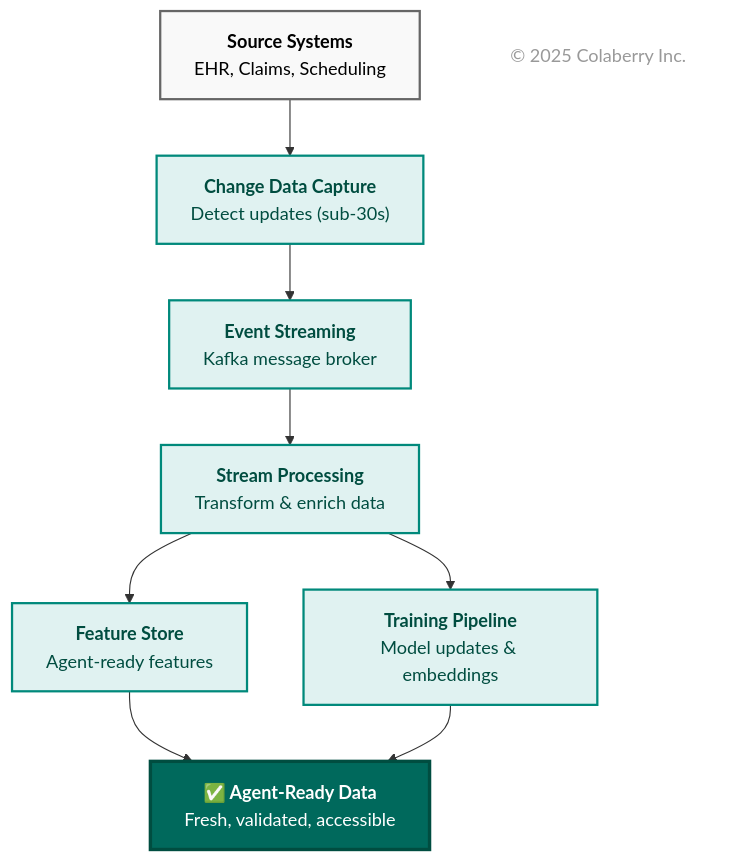
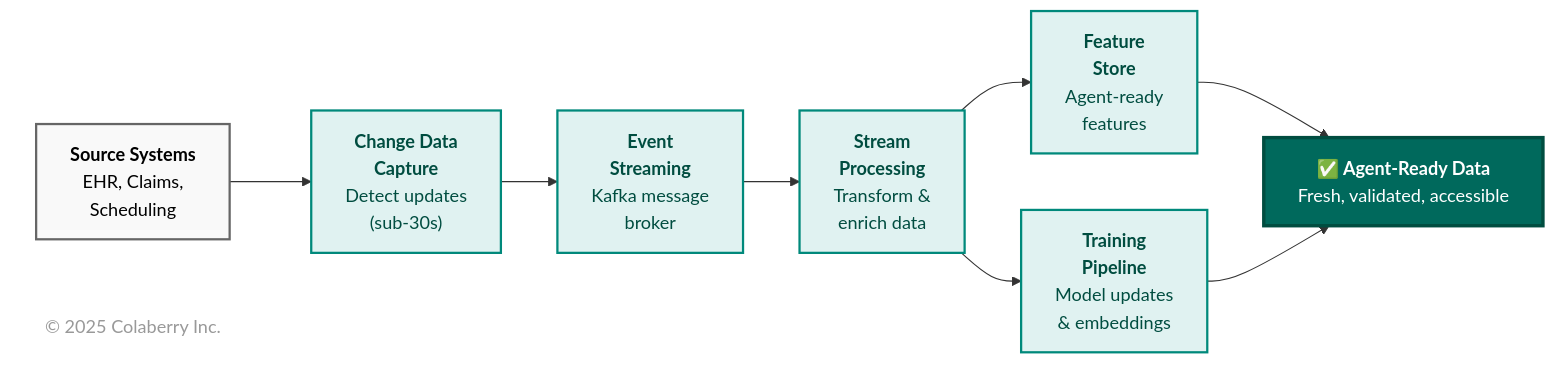
One commit to colaberry/enterprise-data-readiness-ai-agents changed the fifth of 18 diagrams in chapter-01/chapter_1_complete.md. Above: the diagram before and after it, drawn with Mermaid. The commit also changed other lines of this file, not shown here.

First line of the commit message:
diagrams made efficient with space

````diff
--- a/chapter-01/chapter_1_complete.md
+++ b/chapter-01/chapter_1_complete.md
@@ -680,40 +678,37 @@
 ```mermaid
-graph TB
-    S["<b>Source Systems</b><br/>EHR, Claims, Scheduling"]
+graph LR
+    S["<b>Source Systems</b><br/>EHR, Claims,<br/>Scheduling"]
     
-    CDC["<b>Change Data Capture</b><br/>Detect updates (sub-30s)"]
+    CDC["<b>Change Data<br/>Capture</b><br/>Detect updates<br/>(sub-30s)"]
     
-    STREAM["<b>Event Streaming</b><br/>Kafka message broker"]
+    STREAM["<b>Event<br/>Streaming</b><br/>Kafka message<br/>broker"]
     
-    PROC["<b>Stream Processing</b><br/>Transform & enrich data"]
+    PROC["<b>Stream<br/>Processing</b><br/>Transform &<br/>enrich data"]
     
-    FS["<b>Feature Store</b><br/>Agent-ready features"]
+    FS["<b>Feature<br/>Store</b><br/>Agent-ready<br/>features"]
     
-    TRAIN["<b>Training Pipeline</b><br/>Model updates & embeddings"]
+    TRAIN["<b>Training<br/>Pipeline</b><br/>Model updates<br/>& embeddings"]
     
     READY["<b>✅ Agent-Ready Data</b><br/>Fresh, validated, accessible"]
     
     S --> CDC
     CDC --> STREAM
     STREAM --> PROC
     PROC --> FS
     PROC --> TRAIN
     FS --> READY
     TRAIN --> READY
     
-    %% Link styling
-    
     style S fill:#f9f9f9,stroke:#666666,stroke-width:2px,color:#000000
     style CDC fill:#e0f2f1,stroke:#00897b,stroke-width:2px,color:#004d40
     style STREAM fill:#e0f2f1,stroke:#00897b,stroke-width:2px,color:#004d40
     style PROC fill:#e0f2f1,stroke:#00897b,stroke-width:2px,color:#004d40
     style FS fill:#e0f2f1,stroke:#00897b,stroke-width:2px,color:#004d40
     style TRAIN fill:#e0f2f1,stroke:#00897b,stroke-width:2px,color:#004d40
+    style READY fill:#00695c,color:#ffffff,stroke:#004d40,stroke-width:3px
 
     %% Copyright Notice
     CR["© 2025 Colaberry Inc."]
-
-    style READY fill:#00695c,color:#ffffff,stroke:#004d40,stroke-width:3px
     style CR fill:none,stroke:none,color:#999999
 
 ```
````
